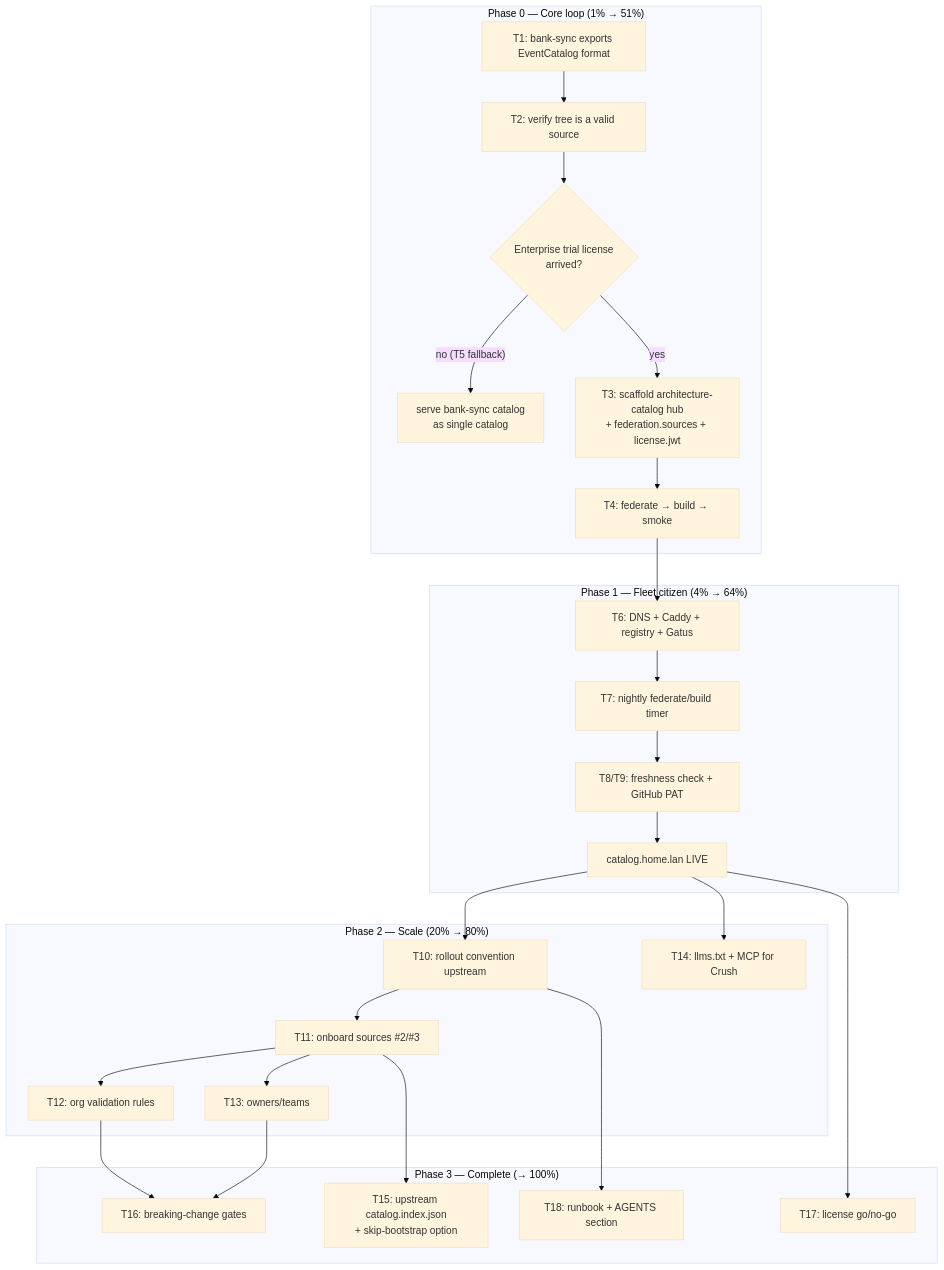
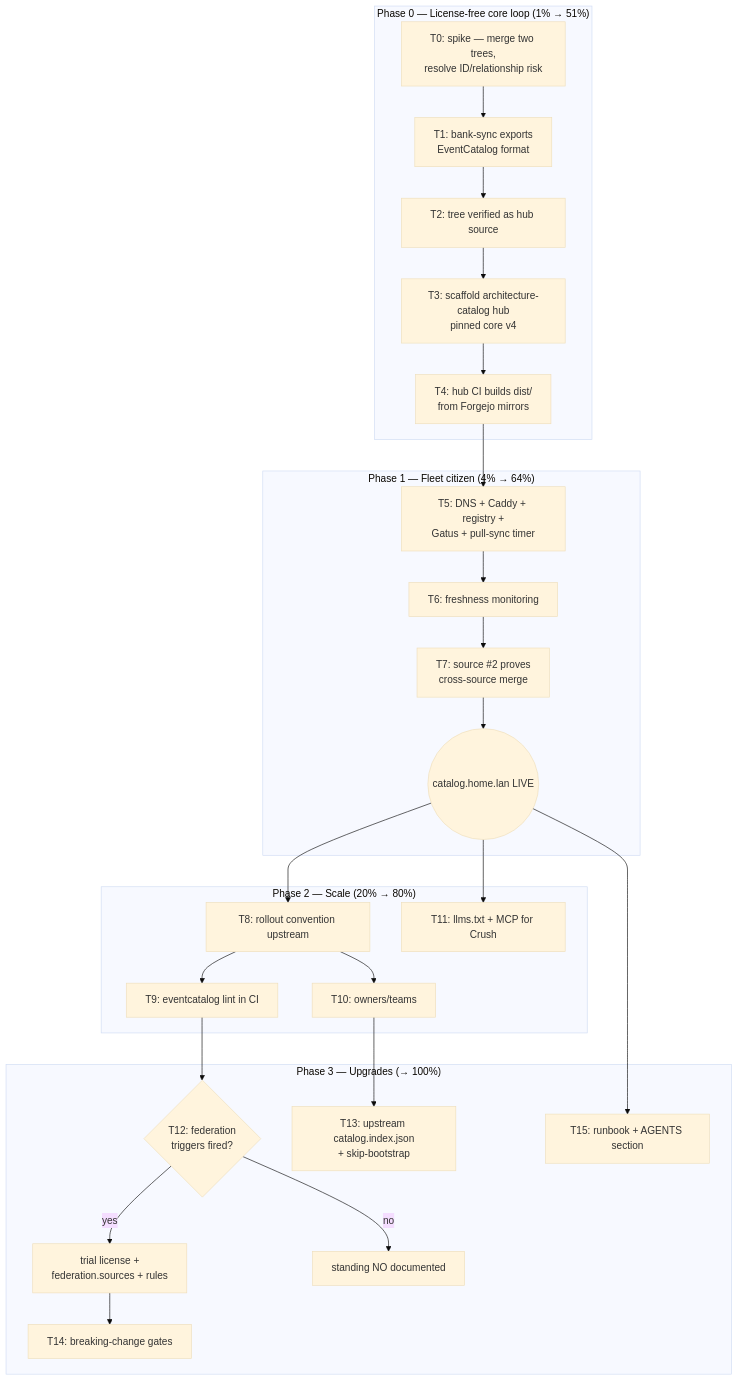
The diagram in docs/planning/2026-09-22_23-27_EVENTCATALOG-FEDERATION-HUB.md (LarsArtmann/SystemNix), drawn with Mermaid (base theme) before and after one commit. The commit also changed other lines of this file and 1 other file, not shown here.

First line of the commit message:
docs(planning): EventCatalog hub plan REV 2 — license-free default, CI builds, decision matrix

````diff
--- a/docs/planning/2026-09-22_23-27_EVENTCATALOG-FEDERATION-HUB.md
+++ b/docs/planning/2026-09-22_23-27_EVENTCATALOG-FEDERATION-HUB.md
@@ -120,30 +131,29 @@
 ```mermaid
 graph TD
-    subgraph P0["Phase 0 — Core loop (1% → 51%)"]
-        A[T1: bank-sync exports EventCatalog format] --> B[T2: verify tree is a valid source]
-        B --> C{Enterprise trial license<br/>arrived?}
-        C -- "no (T5 fallback)" --> D[serve bank-sync catalog<br/>as single catalog]
-        C -- yes --> E[T3: scaffold architecture-catalog hub<br/>+ federation.sources + license.jwt]
-        E --> F[T4: federate → build → smoke]
+    subgraph P0["Phase 0 — License-free core loop (1% → 51%)"]
+        A[T0: spike — merge two trees,<br/>resolve ID/relationship risk] --> B[T1: bank-sync exports<br/>EventCatalog format]
+        B --> C[T2: tree verified as hub source]
+        C --> D[T3: scaffold architecture-catalog hub<br/>pinned core v4]
+        D --> E[T4: hub CI builds dist/<br/>from Forgejo mirrors]
     end
     subgraph P1["Phase 1 — Fleet citizen (4% → 64%)"]
-        F --> G[T6: DNS + Caddy + registry + Gatus]
-        G --> H[T7: nightly federate/build timer]
-        H --> I[T8/T9: freshness check + GitHub PAT]
-        I --> J[catalog.home.lan LIVE]
+        E --> F[T5: DNS + Caddy + registry +<br/>Gatus + pull-sync timer]
+        F --> G[T6: freshness monitoring]
+        G --> H[T7: source #2 proves<br/>cross-source merge]
+        H --> I((catalog.home.lan LIVE))
     end
     subgraph P2["Phase 2 — Scale (20% → 80%)"]
-        J --> K[T10: rollout convention upstream]
-        K --> L[T11: onboard sources #2/#3]
-        L --> M[T12: org validation rules]
-        L --> N[T13: owners/teams]
-        J --> O[T14: llms.txt + MCP for Crush]
+        I --> J[T8: rollout convention upstream]
+        J --> K[T9: eventcatalog lint in CI]
+        J --> L[T10: owners/teams]
+        I --> M[T11: llms.txt + MCP for Crush]
     end
-    subgraph P3["Phase 3 — Complete (→ 100%)"]
-        L --> P[T15: upstream catalog.index.json<br/>+ skip-bootstrap option]
-        M --> Q[T16: breaking-change gates]
-        N --> Q
-        J --> R[T17: license go/no-go]
-        K --> S[T18: runbook + AGENTS section]
+    subgraph P3["Phase 3 — Upgrades (→ 100%)"]
+        K --> N{T12: federation<br/>triggers fired?}
+        N -- yes --> O[trial license +<br/>federation.sources + rules]
+        N -- no --> P[standing NO documented]
+        L --> Q[T13: upstream catalog.index.json<br/>+ skip-bootstrap]
+        O --> R[T14: breaking-change gates]
+        I --> S[T15: runbook + AGENTS section]
     end
 ```
````
